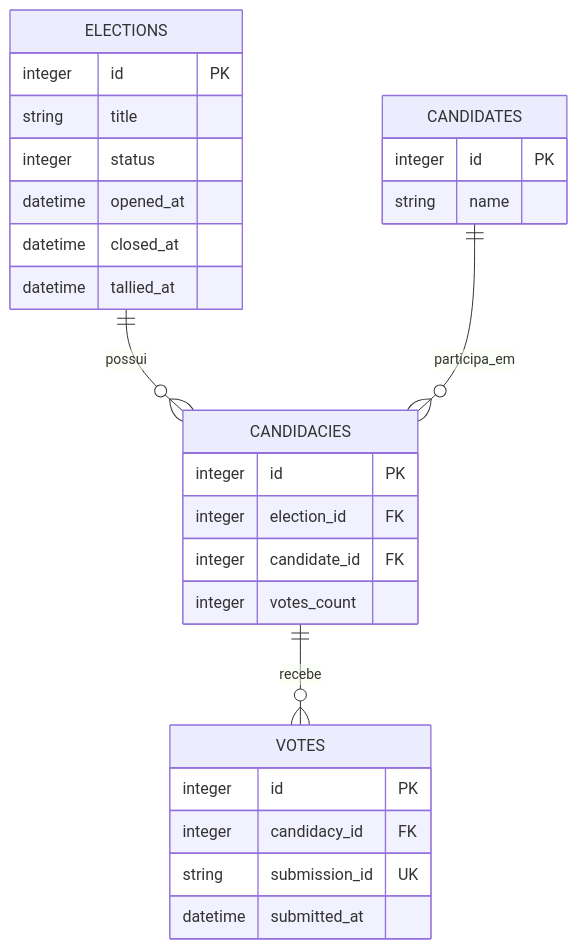
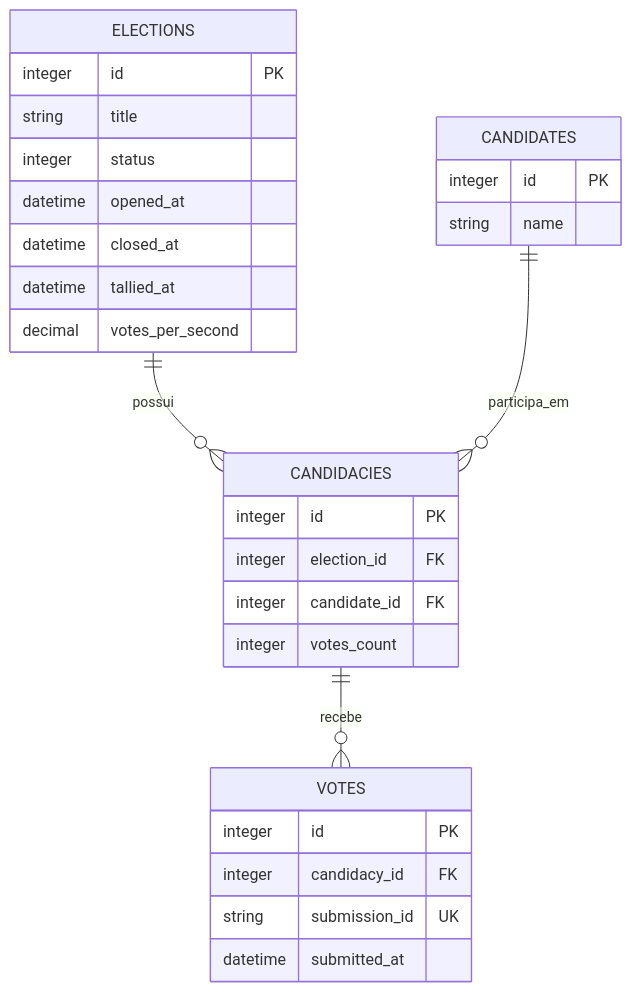
Before and after one commit to RobertoBarros/bbb: the diagram in README.md, drawn with Mermaid. The commit also changed other lines of this file, not shown here.

````diff
--- a/README.md
+++ b/README.md
@@ -53,31 +53,32 @@
 ```mermaid
 erDiagram
   ELECTIONS {
     integer id PK
     string title
     integer status
     datetime opened_at
     datetime closed_at
     datetime tallied_at
+    decimal votes_per_second
   }
   CANDIDATES {
     integer id PK
     string name
   }
   CANDIDACIES {
     integer id PK
     integer election_id FK
     integer candidate_id FK
     integer votes_count
   }
   VOTES {
     integer id PK
     integer candidacy_id FK
     string submission_id UK
     datetime submitted_at
   }
 
   ELECTIONS ||--o{ CANDIDACIES : possui
   CANDIDATES ||--o{ CANDIDACIES : participa_em
   CANDIDACIES ||--o{ VOTES : recebe
 ```
````
